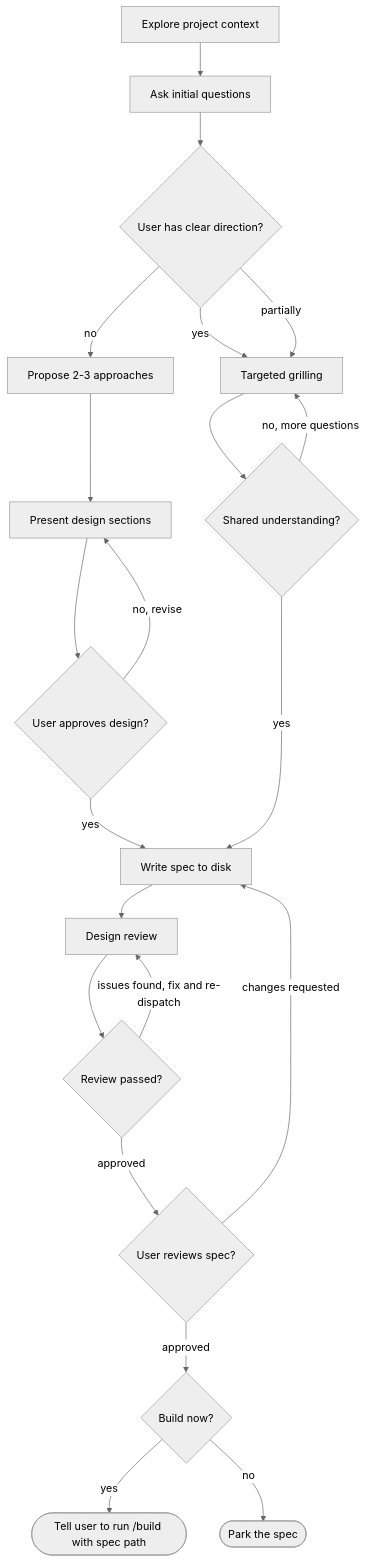
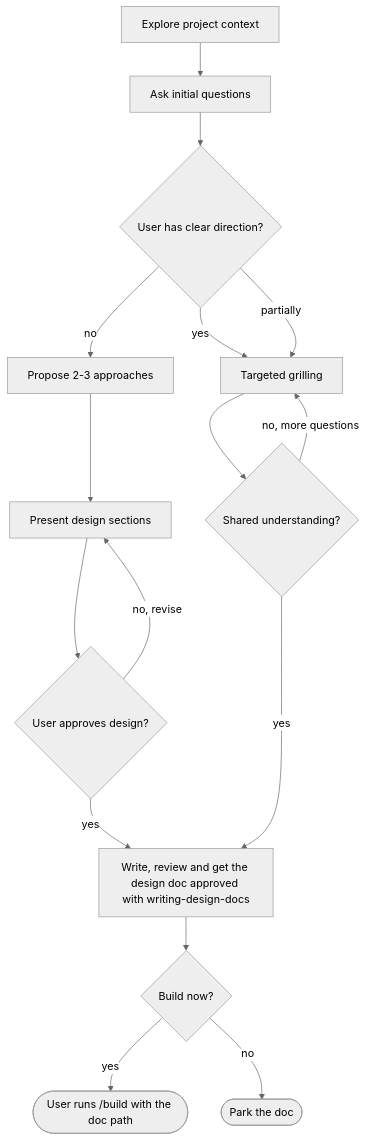
Before and after one commit to Broderick-Westrope/dotagents: the diagram in skills/grilling/SKILL.md, drawn with Mermaid (neutral theme). The commit also changed other lines of this file and 5 other files, not shown here.

Commit message:
Add writing-design-docs as the one home for the design doc template and review loop, so agents can write a doc for /build without grilling and the Architect persona stops offering a competing structure.

````diff
--- a/skills/grilling/SKILL.md
+++ b/skills/grilling/SKILL.md
@@ -35,23 +32,18 @@
 ```mermaid
 flowchart TD
     A[Explore project context] --> B[Ask initial questions]
     B --> C{User has clear direction?}
     C -->|yes| D[Targeted grilling]
     C -->|no| E[Propose 2-3 approaches]
     C -->|partially| D
     D --> F{Shared understanding?}
     F -->|no, more questions| D
     E --> G[Present design sections]
     G --> H{User approves design?}
     H -->|no, revise| G
-    H -->|yes| I[Write spec to disk]
+    H -->|yes| I[Write, review and get the design doc approved with writing-design-docs]
     F -->|yes| I
-    I --> J[Design review]
-    J --> K{Review passed?}
-    K -->|issues found, fix and re-dispatch| J
-    K -->|approved| L{User reviews spec?}
-    L -->|changes requested| I
-    L -->|approved| M{Build now?}
-    M -->|yes| N([Tell user to run /build with spec path])
-    M -->|no| O([Park the spec])
+    I --> M{Build now?}
+    M -->|yes| N([User runs /build with the doc path])
+    M -->|no| O([Park the doc])
 ```
````
